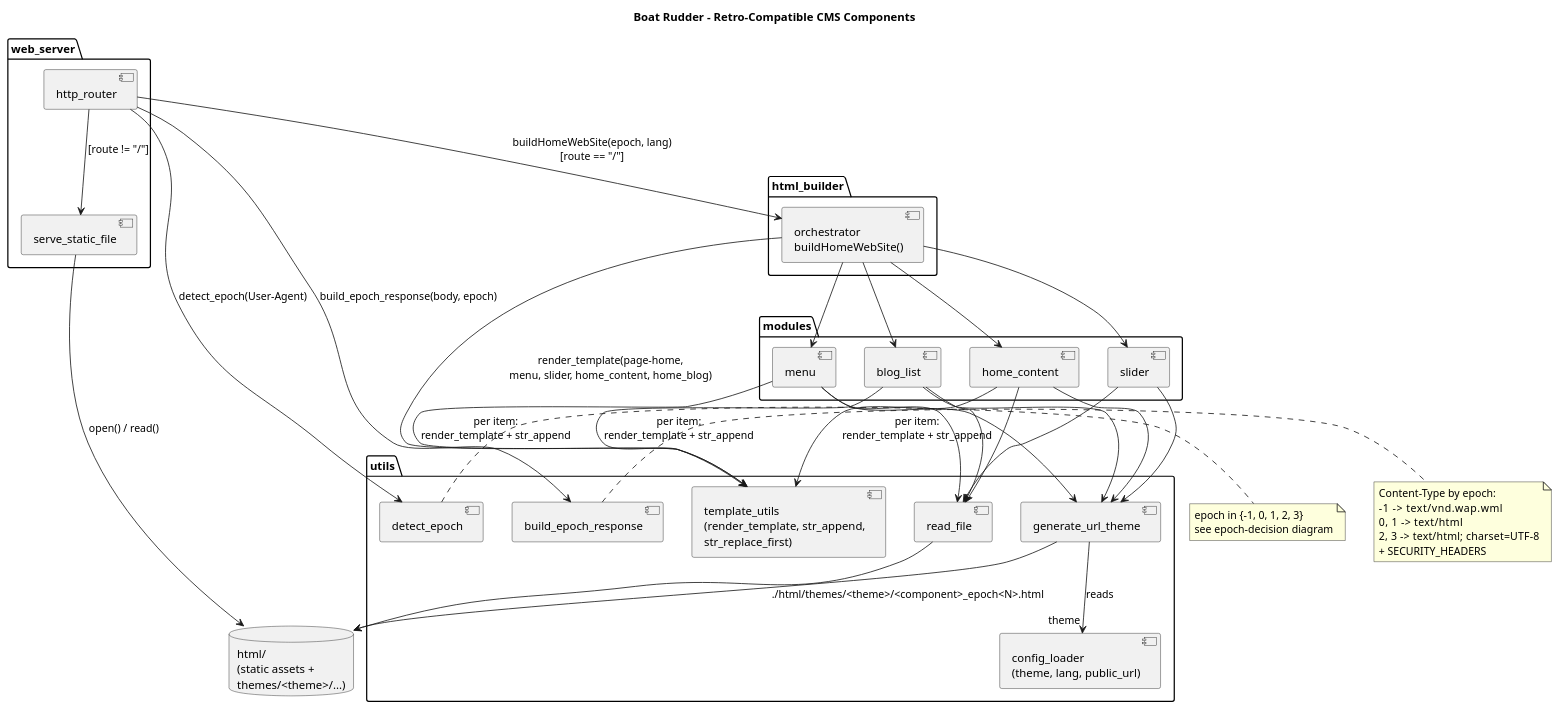
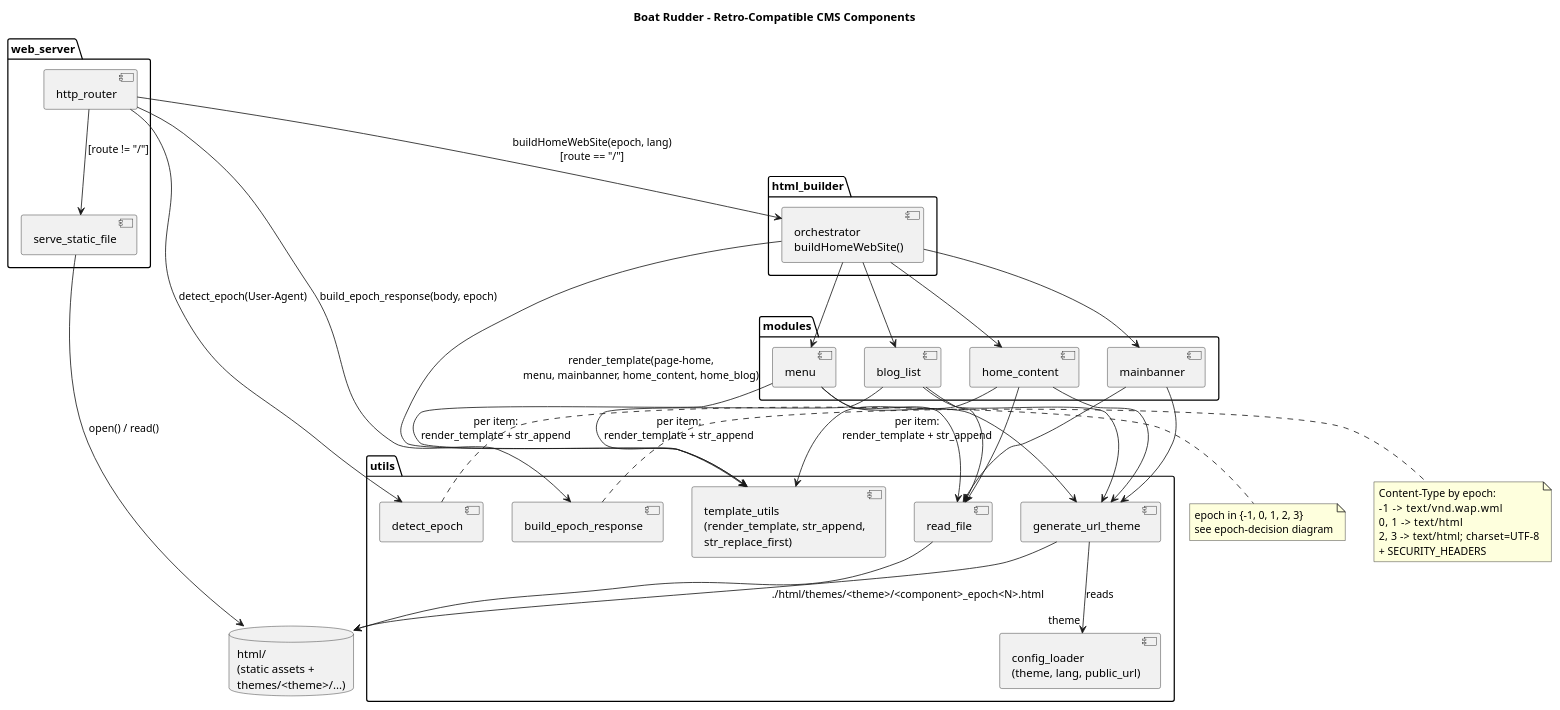
Before and after one commit to jpablotoledom/boat-rudder: the third of 5 diagrams in develop_docs/boat-rudder.md, drawn with PlantUML. The commit also changed other lines of this file and 274 other files, not shown here.

````diff
--- a/develop_docs/boat-rudder.md
+++ b/develop_docs/boat-rudder.md
@@ -337,75 +356,75 @@
 ```plantuml
 @startuml cms-components
 title Boat Rudder - Retro-Compatible CMS Components
 
 package "web_server" {
     [http_router] as ROUTER
     [serve_static_file] as STATIC
 }
 
 package "html_builder" {
     [orchestrator\nbuildHomeWebSite()] as ORCH
 }
 
 package "modules" {
     [menu] as MENU
-    [slider] as SLIDER
+    [mainbanner] as MAINBANNER
     [home_content] as HOME
     [blog_list] as BLOG
 }
 
 package "utils" {
     [detect_epoch] as EPOCH
     [generate_url_theme] as URLTHEME
     [read_file] as READFILE
     [template_utils\n(render_template, str_append,\nstr_replace_first)] as TPL
     [build_epoch_response] as RESP
     [config_loader\n(theme, lang, public_url)] as CONFIG
 }
 
 database "html/\n(static assets +\nthemes/<theme>/...)" as FS
 
 ROUTER --> EPOCH : detect_epoch(User-Agent)
 ROUTER --> ORCH : buildHomeWebSite(epoch, lang)\n[route == "/"]
 ROUTER --> RESP : build_epoch_response(body, epoch)
 ROUTER --> STATIC : [route != "/"]
 STATIC --> FS : open() / read()
 
 ORCH --> MENU
-ORCH --> SLIDER
+ORCH --> MAINBANNER
 ORCH --> HOME
 ORCH --> BLOG
-ORCH --> TPL : render_template(page-home,\nmenu, slider, home_content, home_blog)
+ORCH --> TPL : render_template(page-home,\nmenu, mainbanner, home_content, home_blog)
 
 MENU --> URLTHEME
-SLIDER --> URLTHEME
+MAINBANNER --> URLTHEME
 HOME --> URLTHEME
 BLOG --> URLTHEME
 
 MENU --> READFILE
-SLIDER --> READFILE
+MAINBANNER --> READFILE
 HOME --> READFILE
 BLOG --> READFILE
 
 MENU --> TPL : per item:\nrender_template + str_append
 HOME --> TPL : per item:\nrender_template + str_append
 BLOG --> TPL : per item:\nrender_template + str_append
 
 URLTHEME --> CONFIG : reads "theme"
 URLTHEME --> FS : "./html/themes/<theme>/<component>_epoch<N>.html"
 READFILE --> FS
 
 note right of EPOCH
   epoch in {-1, 0, 1, 2, 3}
   see epoch-decision diagram
 end note
 
 note right of RESP
   Content-Type by epoch:
   -1     -> text/vnd.wap.wml
   0, 1   -> text/html
   2, 3   -> text/html; charset=UTF-8
   + SECURITY_HEADERS
 end note
 @enduml
 ```
````
